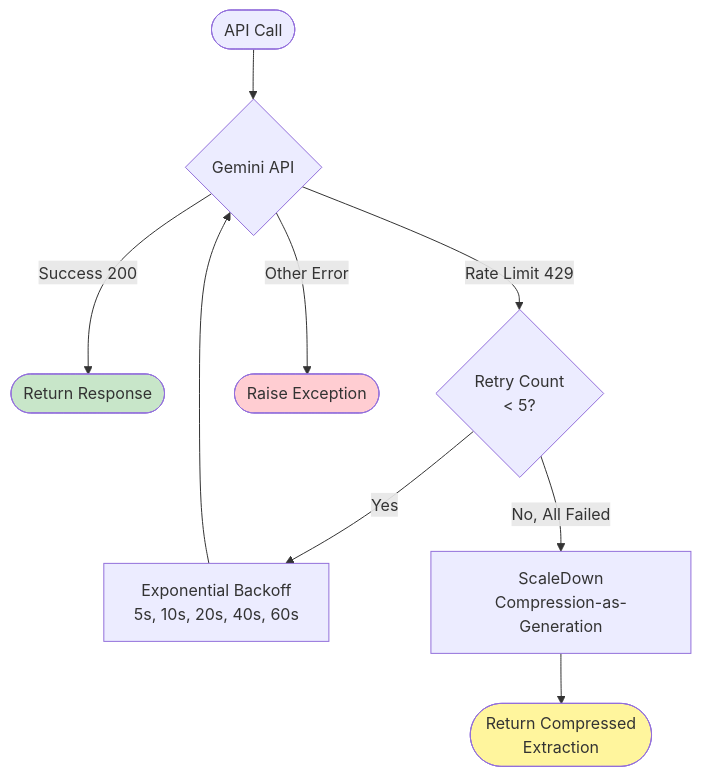
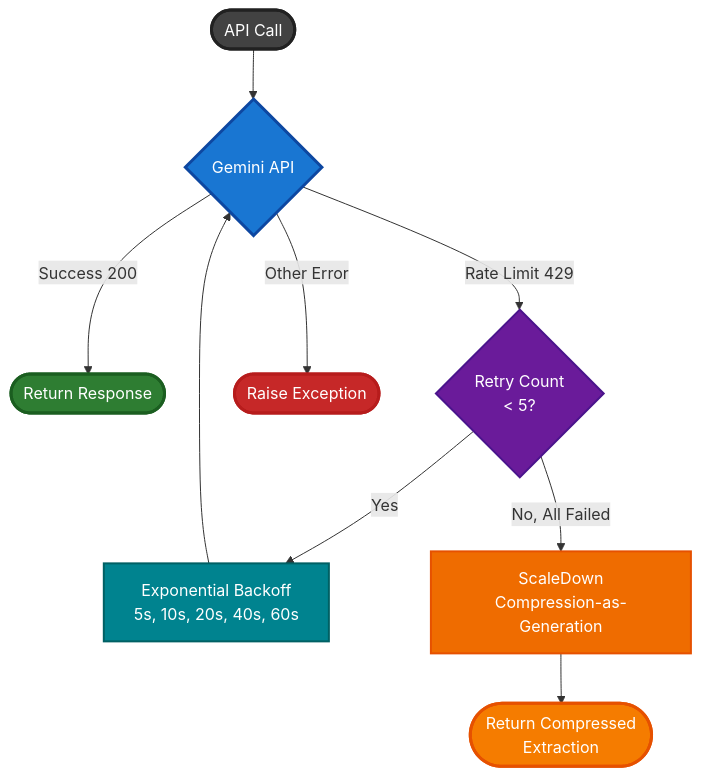
Before and after one commit to invaderinvalid/RAG: the eighth of 8 diagrams in README.md, drawn with Mermaid. The commit also changed other lines of this file, not shown here.

````diff
--- a/README.md
+++ b/README.md
@@ -577,19 +613,24 @@
 ```mermaid
 flowchart TD
     Start([API Call]) --> Gemini{Gemini API}
     
     Gemini -->|Success 200| Success([Return Response])
     Gemini -->|Rate Limit 429| Retry{Retry Count<br/>< 5?}
     
     Retry -->|Yes| Wait[Exponential Backoff<br/>5s, 10s, 20s, 40s, 60s]
     Wait --> Gemini
     
     Retry -->|No, All Failed| Fallback[ScaleDown<br/>Compression-as-Generation]
     Fallback --> FallbackSuccess([Return Compressed<br/>Extraction])
     
     Gemini -->|Other Error| Fail([Raise Exception])
     
-    style Success fill:#c8e6c9
-    style FallbackSuccess fill:#fff59d
-    style Fail fill:#ffcdd2
+    style Start fill:#424242,stroke:#212121,stroke-width:3px,color:#fff
+    style Gemini fill:#1976d2,stroke:#0d47a1,stroke-width:3px,color:#fff
+    style Success fill:#2e7d32,stroke:#1b5e20,stroke-width:3px,color:#fff
+    style FallbackSuccess fill:#f57c00,stroke:#e65100,stroke-width:3px,color:#fff
+    style Fail fill:#c62828,stroke:#b71c1c,stroke-width:3px,color:#fff
+    style Retry fill:#6a1b9a,stroke:#4a148c,stroke-width:2px,color:#fff
+    style Wait fill:#00838f,stroke:#006064,stroke-width:2px,color:#fff
+    style Fallback fill:#ef6c00,stroke:#e65100,stroke-width:2px,color:#fff
 ```
````
